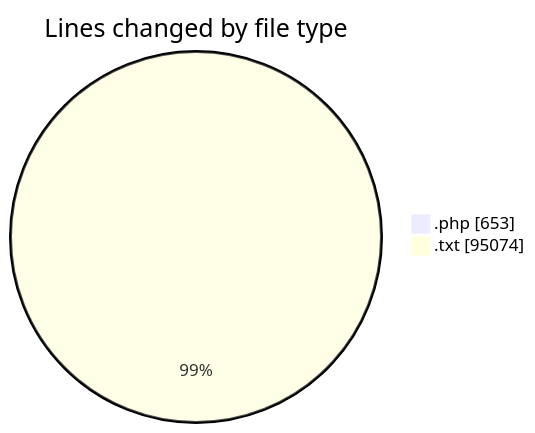
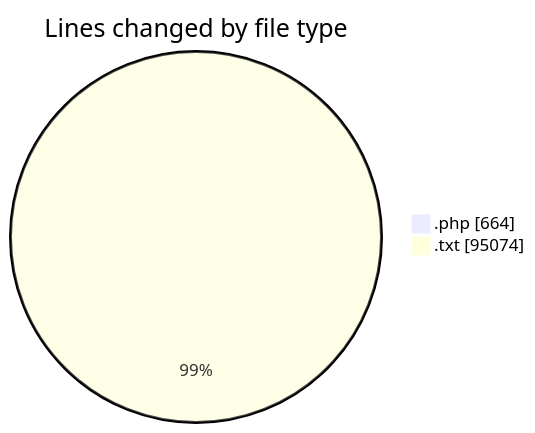
Before and after one commit to LanceThiago/code-tracking: the first of 2 diagrams in 2026-02-09/enviarfacturas/README.md, drawn with Mermaid. The commit also changed other lines of this file and 1 other file, not shown here.

````diff
--- a/2026-02-09/enviarfacturas/README.md
+++ b/2026-02-09/enviarfacturas/README.md
@@ -25,6 +25,6 @@
 ```mermaid
 pie showData
 title Lines changed by file type
-".php" : 653
+".php" : 664
 ".txt" : 95074
 ```
````
